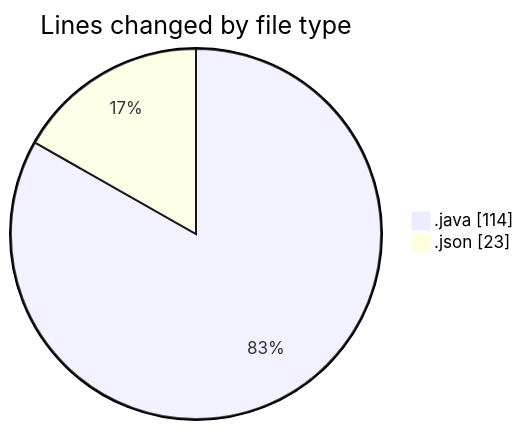
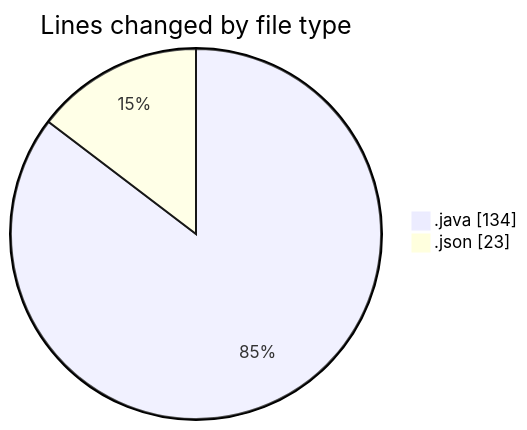
The first of 2 diagrams in 2026-03-30/cilapp/README.md (ricardozamudiocil/code-tracking), drawn with Mermaid before and after one commit. The commit also changed other lines of this file and 1 other file, not shown here.

````diff
--- a/2026-03-30/cilapp/README.md
+++ b/2026-03-30/cilapp/README.md
@@ -22,6 +23,6 @@
 ```mermaid
 pie showData
 title Lines changed by file type
-".java" : 114
+".java" : 134
 ".json" : 23
 ```
````
